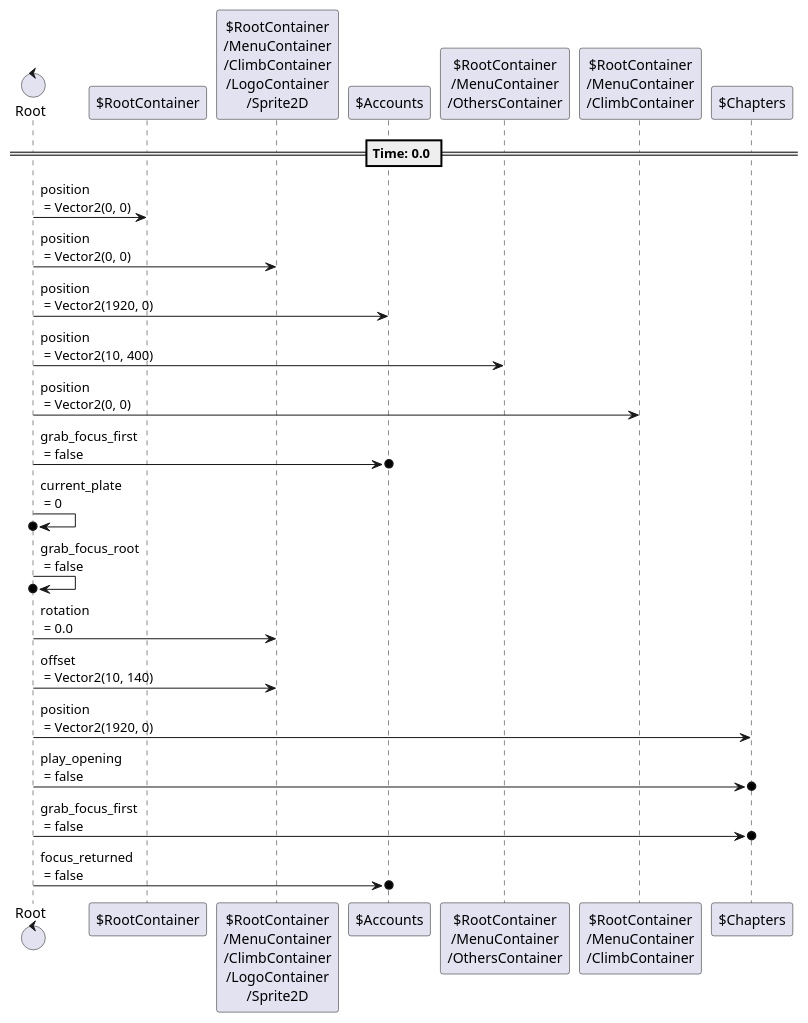
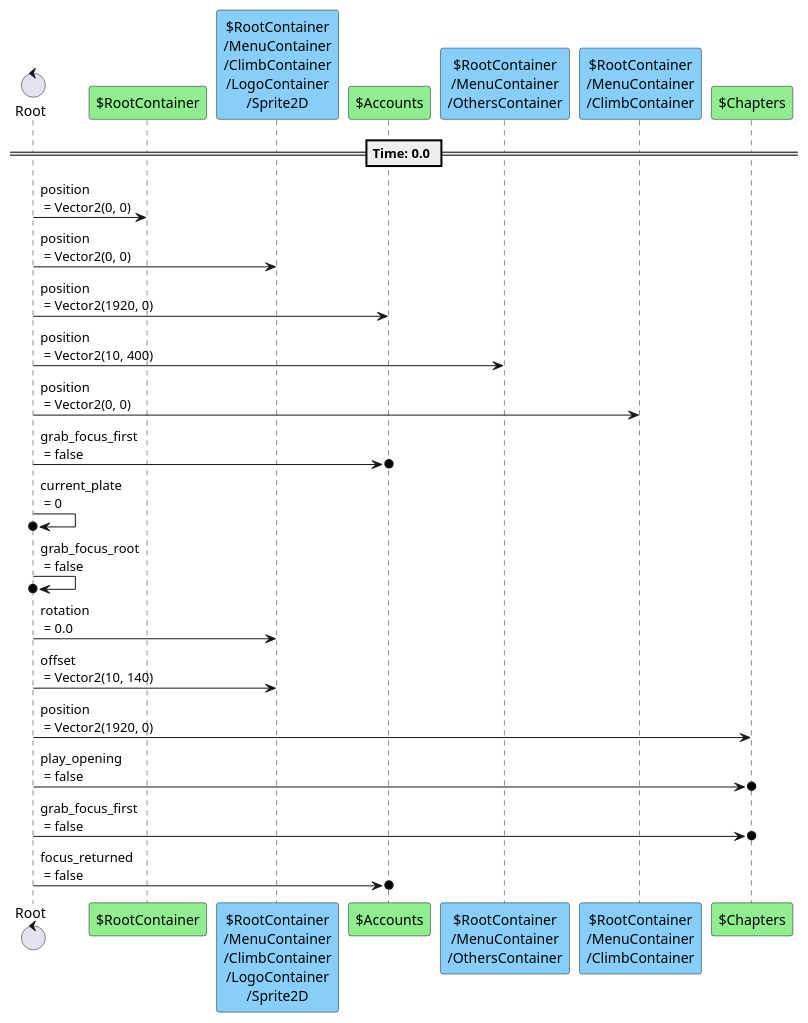
The second of 9 diagrams in content/scenes/src/beginning/menu/menu.tscn.adoc (tkmfujise/Platformer-Game-Learning), drawn with PlantUML before and after one commit. The commit also changed other lines of this file and 67 other files, not shown here.

```diff
--- a/content/scenes/src/beginning/menu/menu.tscn.adoc
+++ b/content/scenes/src/beginning/menu/menu.tscn.adoc
@@ -375,30 +375,30 @@
 [plantuml]
 ....
 control "Root" as R
-participant "$RootContainer" as T0
-participant "$RootContainer\n/MenuContainer\n/ClimbContainer\n/LogoContainer\n/Sprite2D" as T1
-participant "$Accounts" as T2
-participant "$RootContainer\n/MenuContainer\n/OthersContainer" as T3
-participant "$RootContainer\n/MenuContainer\n/ClimbContainer" as T4
-participant "$Chapters" as T10
+participant "$RootContainer" as T0 #90EE90
+participant "$RootContainer\n/MenuContainer\n/ClimbContainer\n/LogoContainer\n/Sprite2D" as T1 #87CEFA
+participant "$Accounts" as T2 #90EE90
+participant "$RootContainer\n/MenuContainer\n/OthersContainer" as T3 #87CEFA
+participant "$RootContainer\n/MenuContainer\n/ClimbContainer" as T4 #87CEFA
+participant "$Chapters" as T10 #90EE90
 
 
 
 == Time: 0.0 ==
 R  ->  T0 : position\n = Vector2(0, 0)
 R  ->  T1 : position\n = Vector2(0, 0)
 R  ->  T2 : position\n = Vector2(1920, 0)
 R  ->  T3 : position\n = Vector2(10, 400)
 R  ->  T4 : position\n = Vector2(0, 0)
 R  ->o  T2 : grab_focus_first\n = false
 R  ->o  R : current_plate\n = 0
 R  ->o  R : grab_focus_root\n = false
 R  ->  T1 : rotation\n = 0.0
 R  ->  T1 : offset\n = Vector2(10, 140)
 R  ->  T10 : position\n = Vector2(1920, 0)
 R  ->o  T10 : play_opening\n = false
 R  ->o  T10 : grab_focus_first\n = false
 R  ->o  T2 : focus_returned\n = false
 
 
 ....
```
